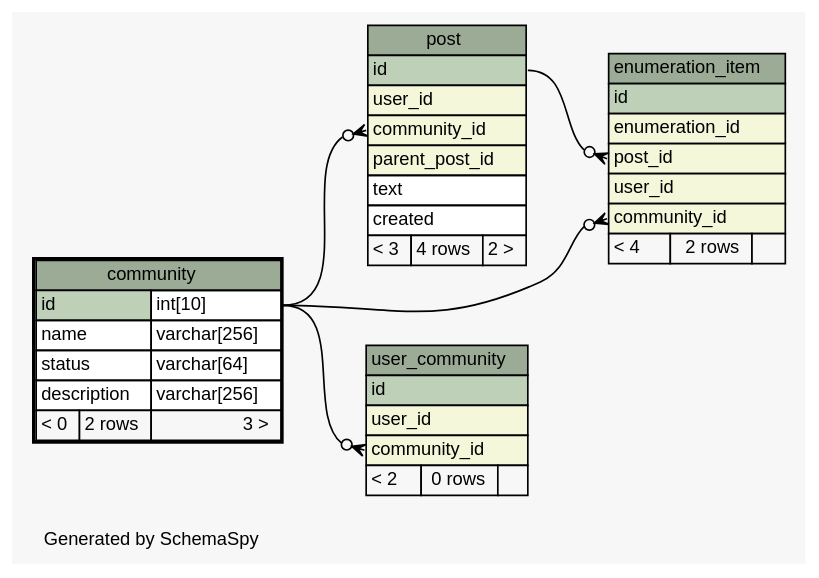
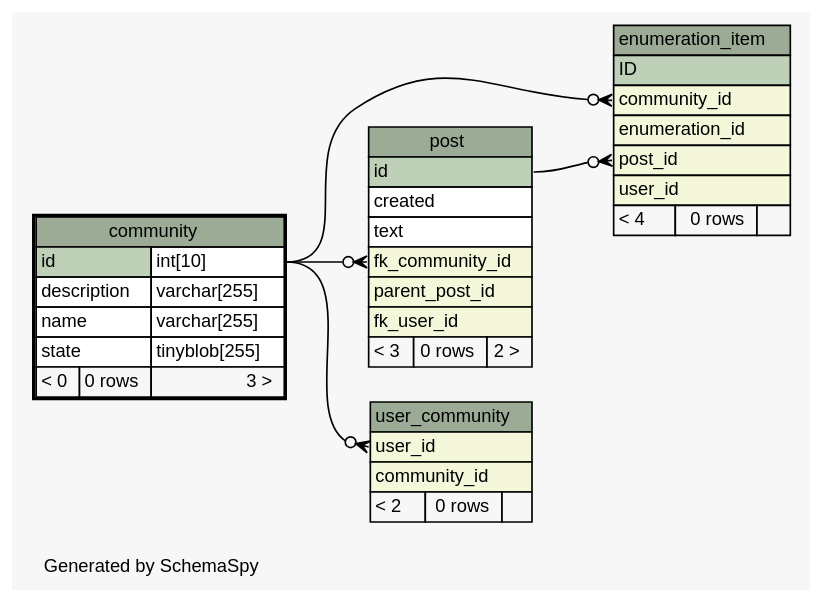
The diagram in doc/db_schema/diagrams/community.1degree.dot (chr-krenn/chr-krenn-fhj-ws2017-sd17-pse), drawn with Graphviz before and after one commit. The commit also changed 60 other files, not shown here.

```diff
--- a/doc/db_schema/diagrams/community.1degree.dot
+++ b/doc/db_schema/diagrams/community.1degree.dot
@@ -1,80 +1,79 @@
 // dot 2.40.1 on Linux 4.12.5-300.fc26.x86_64
 // SchemaSpy rev 590
 digraph "oneDegreeRelationshipsDiagram" {
   graph [
     rankdir="RL"
     bgcolor="#f7f7f7"
     label="\nGenerated by SchemaSpy"
     labeljust="l"
     nodesep="0.18"
     ranksep="0.46"
     fontname="Helvetica"
     fontsize="11"
   ];
   node [
     fontname="Helvetica"
     fontsize="11"
     shape="plaintext"
   ];
   edge [
     arrowsize="0.8"
   ];
   "enumeration_item":"community_id":w -> "community":"id.type":e [arrowhead=none dir=back arrowtail=crowodot];
   "enumeration_item":"post_id":w -> "post":"id":e [arrowhead=none dir=back arrowtail=crowodot];
-  "post":"community_id":w -> "community":"id.type":e [arrowhead=none dir=back arrowtail=crowodot];
-  "user_community":"community_id":w -> "community":"id.type":e [arrowhead=none dir=back arrowtail=crowodot];
+  "post":"fk_community_id":w -> "community":"id.type":e [arrowhead=none dir=back arrowtail=crowodot];
+  "user_community":"user_id":w -> "community":"id.type":e [arrowhead=none dir=back arrowtail=crowodot];
   "community" [
     label=<
     <TABLE BORDER="2" CELLBORDER="1" CELLSPACING="0" BGCOLOR="#ffffff">
       <TR><TD COLSPAN="3" BGCOLOR="#9bab96" ALIGN="CENTER">community</TD></TR>
       <TR><TD PORT="id" COLSPAN="2" BGCOLOR="#bed1b8" ALIGN="LEFT">id</TD><TD PORT="id.type" ALIGN="LEFT">int[10]</TD></TR>
-      <TR><TD PORT="name" COLSPAN="2" ALIGN="LEFT">name</TD><TD PORT="name.type" ALIGN="LEFT">varchar[256]</TD></TR>
-      <TR><TD PORT="status" COLSPAN="2" ALIGN="LEFT">status</TD><TD PORT="status.type" ALIGN="LEFT">varchar[64]</TD></TR>
-      <TR><TD PORT="description" COLSPAN="2" ALIGN="LEFT">description</TD><TD PORT="description.type" ALIGN="LEFT">varchar[256]</TD></TR>
-      <TR><TD ALIGN="LEFT" BGCOLOR="#f7f7f7">&lt; 0</TD><TD ALIGN="RIGHT" BGCOLOR="#f7f7f7">2 rows</TD><TD ALIGN="RIGHT" BGCOLOR="#f7f7f7">3 &gt;</TD></TR>
+      <TR><TD PORT="description" COLSPAN="2" ALIGN="LEFT">description</TD><TD PORT="description.type" ALIGN="LEFT">varchar[255]</TD></TR>
+      <TR><TD PORT="name" COLSPAN="2" ALIGN="LEFT">name</TD><TD PORT="name.type" ALIGN="LEFT">varchar[255]</TD></TR>
+      <TR><TD PORT="state" COLSPAN="2" ALIGN="LEFT">state</TD><TD PORT="state.type" ALIGN="LEFT">tinyblob[255]</TD></TR>
+      <TR><TD ALIGN="LEFT" BGCOLOR="#f7f7f7">&lt; 0</TD><TD ALIGN="RIGHT" BGCOLOR="#f7f7f7">0 rows</TD><TD ALIGN="RIGHT" BGCOLOR="#f7f7f7">3 &gt;</TD></TR>
     </TABLE>>
     URL="community.html"
     tooltip="community"
   ];
   "enumeration_item" [
     label=<
     <TABLE BORDER="0" CELLBORDER="1" CELLSPACING="0" BGCOLOR="#ffffff">
       <TR><TD COLSPAN="3" BGCOLOR="#9bab96" ALIGN="CENTER">enumeration_item</TD></TR>
-      <TR><TD PORT="id" COLSPAN="3" BGCOLOR="#bed1b8" ALIGN="LEFT">id</TD></TR>
+      <TR><TD PORT="ID" COLSPAN="3" BGCOLOR="#bed1b8" ALIGN="LEFT">ID</TD></TR>
+      <TR><TD PORT="community_id" COLSPAN="3" BGCOLOR="#f4f7da" ALIGN="LEFT">community_id</TD></TR>
       <TR><TD PORT="enumeration_id" COLSPAN="3" BGCOLOR="#f4f7da" ALIGN="LEFT">enumeration_id</TD></TR>
       <TR><TD PORT="post_id" COLSPAN="3" BGCOLOR="#f4f7da" ALIGN="LEFT">post_id</TD></TR>
       <TR><TD PORT="user_id" COLSPAN="3" BGCOLOR="#f4f7da" ALIGN="LEFT">user_id</TD></TR>
-      <TR><TD PORT="community_id" COLSPAN="3" BGCOLOR="#f4f7da" ALIGN="LEFT">community_id</TD></TR>
-      <TR><TD ALIGN="LEFT" BGCOLOR="#f7f7f7">&lt; 4</TD><TD ALIGN="RIGHT" BGCOLOR="#f7f7f7">2 rows</TD><TD ALIGN="RIGHT" BGCOLOR="#f7f7f7">  </TD></TR>
+      <TR><TD ALIGN="LEFT" BGCOLOR="#f7f7f7">&lt; 4</TD><TD ALIGN="RIGHT" BGCOLOR="#f7f7f7">0 rows</TD><TD ALIGN="RIGHT" BGCOLOR="#f7f7f7">  </TD></TR>
     </TABLE>>
     URL="enumeration_item.html"
     tooltip="enumeration_item"
   ];
   "post" [
     label=<
     <TABLE BORDER="0" CELLBORDER="1" CELLSPACING="0" BGCOLOR="#ffffff">
       <TR><TD COLSPAN="3" BGCOLOR="#9bab96" ALIGN="CENTER">post</TD></TR>
       <TR><TD PORT="id" COLSPAN="3" BGCOLOR="#bed1b8" ALIGN="LEFT">id</TD></TR>
-      <TR><TD PORT="user_id" COLSPAN="3" BGCOLOR="#f4f7da" ALIGN="LEFT">user_id</TD></TR>
-      <TR><TD PORT="community_id" COLSPAN="3" BGCOLOR="#f4f7da" ALIGN="LEFT">community_id</TD></TR>
+      <TR><TD PORT="created" COLSPAN="3" ALIGN="LEFT">created</TD></TR>
+      <TR><TD PORT="text" COLSPAN="3" ALIGN="LEFT">text</TD></TR>
+      <TR><TD PORT="fk_community_id" COLSPAN="3" BGCOLOR="#f4f7da" ALIGN="LEFT">fk_community_id</TD></TR>
       <TR><TD PORT="parent_post_id" COLSPAN="3" BGCOLOR="#f4f7da" ALIGN="LEFT">parent_post_id</TD></TR>
-      <TR><TD PORT="text" COLSPAN="3" ALIGN="LEFT">text</TD></TR>
-      <TR><TD PORT="created" COLSPAN="3" ALIGN="LEFT">created</TD></TR>
-      <TR><TD ALIGN="LEFT" BGCOLOR="#f7f7f7">&lt; 3</TD><TD ALIGN="RIGHT" BGCOLOR="#f7f7f7">4 rows</TD><TD ALIGN="RIGHT" BGCOLOR="#f7f7f7">2 &gt;</TD></TR>
+      <TR><TD PORT="fk_user_id" COLSPAN="3" BGCOLOR="#f4f7da" ALIGN="LEFT">fk_user_id</TD></TR>
+      <TR><TD ALIGN="LEFT" BGCOLOR="#f7f7f7">&lt; 3</TD><TD ALIGN="RIGHT" BGCOLOR="#f7f7f7">0 rows</TD><TD ALIGN="RIGHT" BGCOLOR="#f7f7f7">2 &gt;</TD></TR>
     </TABLE>>
     URL="post.html"
     tooltip="post"
   ];
   "user_community" [
     label=<
     <TABLE BORDER="0" CELLBORDER="1" CELLSPACING="0" BGCOLOR="#ffffff">
       <TR><TD COLSPAN="3" BGCOLOR="#9bab96" ALIGN="CENTER">user_community</TD></TR>
-      <TR><TD PORT="id" COLSPAN="3" BGCOLOR="#bed1b8" ALIGN="LEFT">id</TD></TR>
       <TR><TD PORT="user_id" COLSPAN="3" BGCOLOR="#f4f7da" ALIGN="LEFT">user_id</TD></TR>
       <TR><TD PORT="community_id" COLSPAN="3" BGCOLOR="#f4f7da" ALIGN="LEFT">community_id</TD></TR>
       <TR><TD ALIGN="LEFT" BGCOLOR="#f7f7f7">&lt; 2</TD><TD ALIGN="RIGHT" BGCOLOR="#f7f7f7">0 rows</TD><TD ALIGN="RIGHT" BGCOLOR="#f7f7f7">  </TD></TR>
     </TABLE>>
     URL="user_community.html"
     tooltip="user_community"
   ];
 }
```
